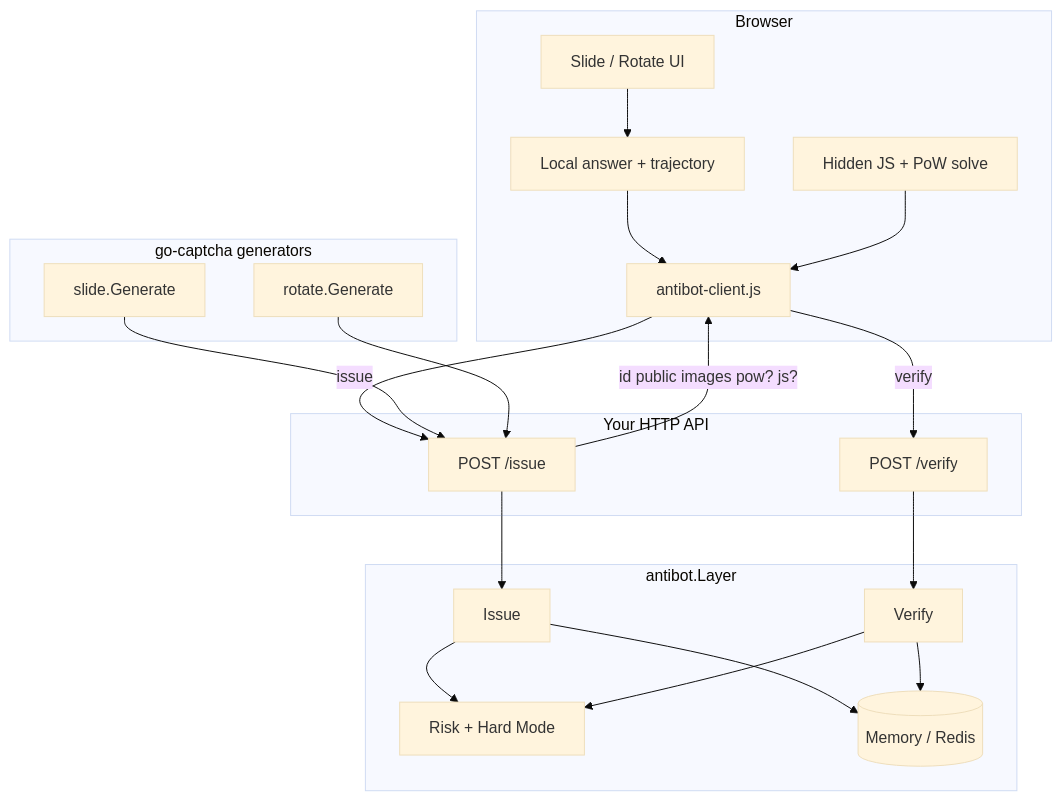
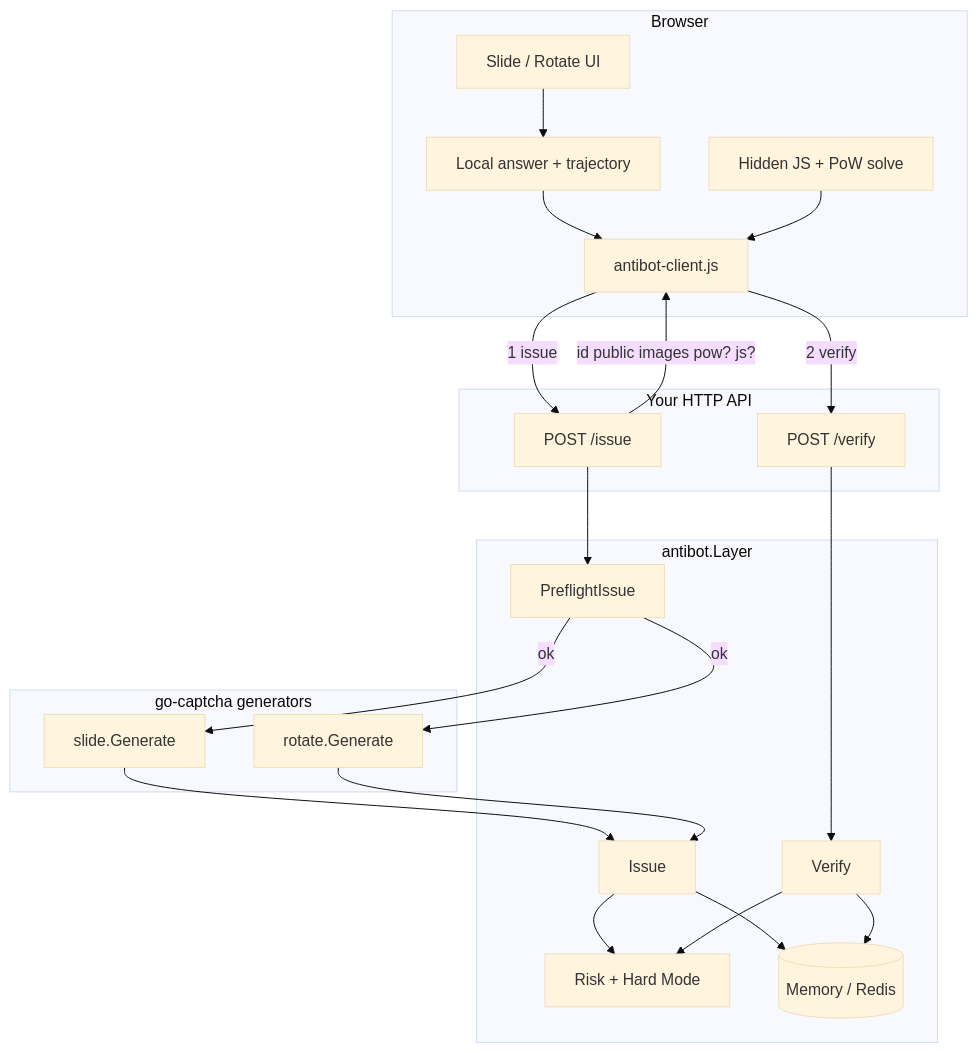
Before and after one commit to feerichnii/go-captcha: the first of 5 diagrams in v2/antibot/README.md, drawn with Mermaid (base theme). The commit also changed other lines of this file, not shown here.

First line of the commit message:
docs: map AntiBot checks by stage with architecture diagrams

````diff
--- a/v2/antibot/README.md
+++ b/v2/antibot/README.md
@@ -11,39 +13,43 @@
 ```mermaid
 flowchart TB
   subgraph browser [Browser]
     UI[Slide / Rotate UI]
     Local[Local answer + trajectory]
     TechSolve[Hidden JS + PoW solve]
     ClientJS[antibot-client.js]
     UI --> Local
     Local --> ClientJS
     TechSolve --> ClientJS
   end
 
   subgraph http [Your HTTP API]
     IssueEP[POST /issue]
     VerifyEP[POST /verify]
   end
 
   subgraph layer [antibot.Layer]
+    Preflight[PreflightIssue]
     Issue[Issue]
     Verify[Verify]
     Risk[Risk + Hard Mode]
     Store[(Memory / Redis)]
   end
 
   subgraph captcha [go-captcha generators]
     Slide[slide.Generate]
     Rotate[rotate.Generate]
   end
 
-  ClientJS -->|issue| IssueEP --> Issue
+  ClientJS -->|1 issue| IssueEP
+  IssueEP --> Preflight
+  Preflight -->|ok| Slide
+  Preflight -->|ok| Rotate
+  Slide --> Issue
+  Rotate --> Issue
   Issue --> Risk
   Issue --> Store
-  Slide --> IssueEP
-  Rotate --> IssueEP
   IssueEP -->|id public images pow? js?| ClientJS
-  ClientJS -->|verify| VerifyEP --> Verify
+  ClientJS -->|2 verify| VerifyEP --> Verify
   Verify --> Store
   Verify --> Risk
 ```
````
